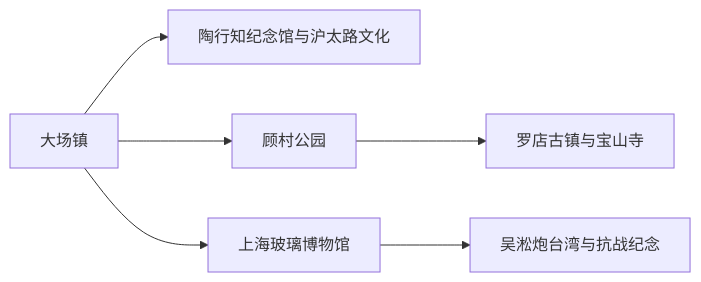
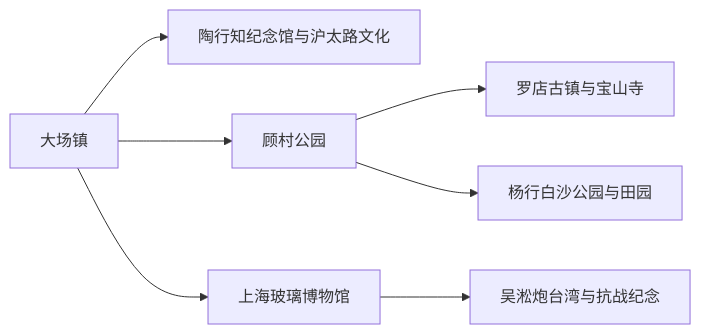
The first of 2 diagrams in destinations/中国/上海市/宝山区.md (cyrilggg/travel-database), drawn with Mermaid before and after one commit. The commit also changed other lines of this file and 15 other files, not shown here.

````diff
--- a/destinations/中国/上海市/宝山区.md
+++ b/destinations/中国/上海市/宝山区.md
@@ -32,8 +32,9 @@
 ```mermaid
 flowchart LR
  A[大场镇] --> B[陶行知纪念馆与沪太路文化]
  A --> C[顾村公园]
  A --> D[上海玻璃博物馆]
  D --> E[吴淞炮台湾与抗战纪念]
  C --> F[罗店古镇与宝山寺]
+ C --> G[杨行白沙公园与田园]
 ```
````
